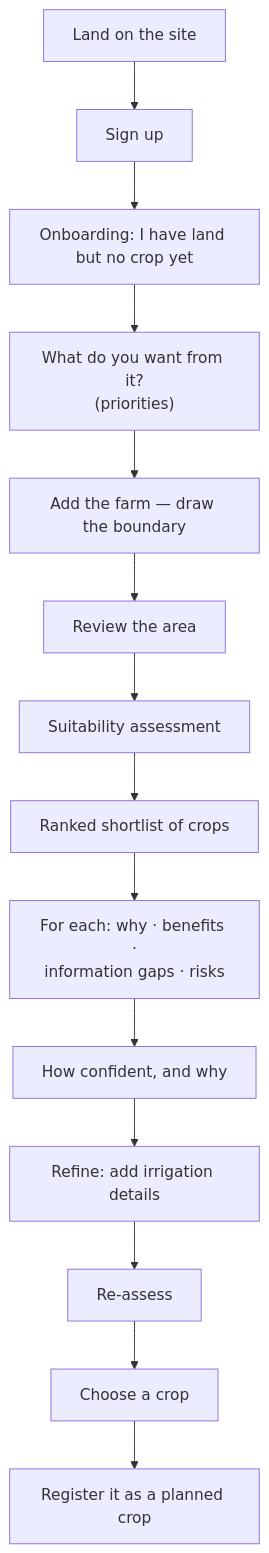
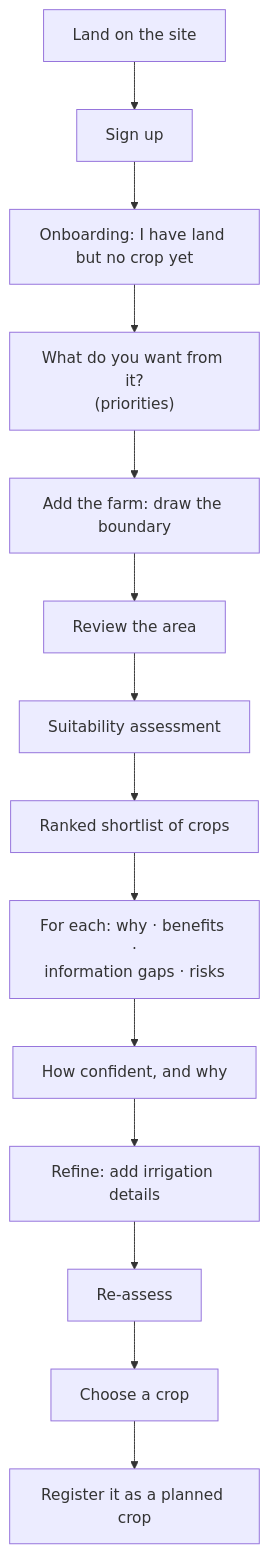
One commit to vip-ultr/dalashift changed the second of 5 diagrams in docs/product/user-flows.md. Above: the diagram before and after it, drawn with Mermaid. The commit also changed other lines of this file and 62 other files, not shown here.

````diff
--- a/docs/product/user-flows.md
+++ b/docs/product/user-flows.md
@@ -94,16 +94,16 @@
 ```mermaid
 flowchart TD
     L["Land on the site"] --> S["Sign up"]
     S --> O1["Onboarding: I have land but no crop yet"]
     O1 --> O2["What do you want from it?<br/>(priorities)"]
-    O2 --> F["Add the farm — draw the boundary"]
+    O2 --> F["Add the farm: draw the boundary"]
     F --> F1["Review the area"]
     F1 --> A["Suitability assessment"]
     A --> A1["Ranked shortlist of crops"]
     A1 --> A2["For each: why · benefits ·<br/>information gaps · risks"]
     A2 --> A3["How confident, and why"]
     A3 --> R["Refine: add irrigation details"]
     R --> A4["Re-assess"]
     A4 --> D["Choose a crop"]
     D --> D1["Register it as a planned crop"]
 ```
````
